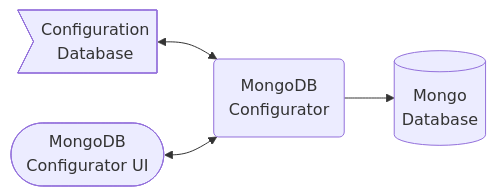
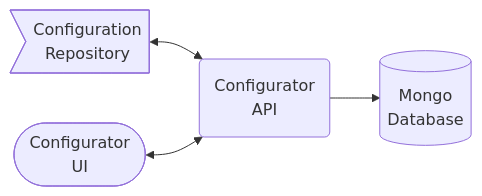
The diagram in README.md (agile-learning-institute/mongodb_configurator), drawn with Mermaid before and after one commit. The commit also changed other lines of this file and 6 other files, not shown here.

````diff
--- a/README.md
+++ b/README.md
@@ -29,18 +26,18 @@
 ```mermaid
 flowchart LR
     CFG>Configuration 
-    Database]
-    API(MongoDB 
-    Configurator)
-    SPA([MongoDB 
-    Configurator UI])
+    Repository]
+    API(Configurator
+    API)
+    SPA([Configurator 
+    UI])
     MongoDB[(Mongo 
     Database)]
 
     CFG <--> API --> MongoDB
     SPA <--> API
 
     click CFG href "https://github.com/agile-learning-institute/mongodb_configurator_template"
     click API href "https://github.com/agile-learning-institute/mongodb_configurator_api"
     click SPA href "https://github.com/agile-learning-institute/mongodb_configurator_spa"
 ```
````
